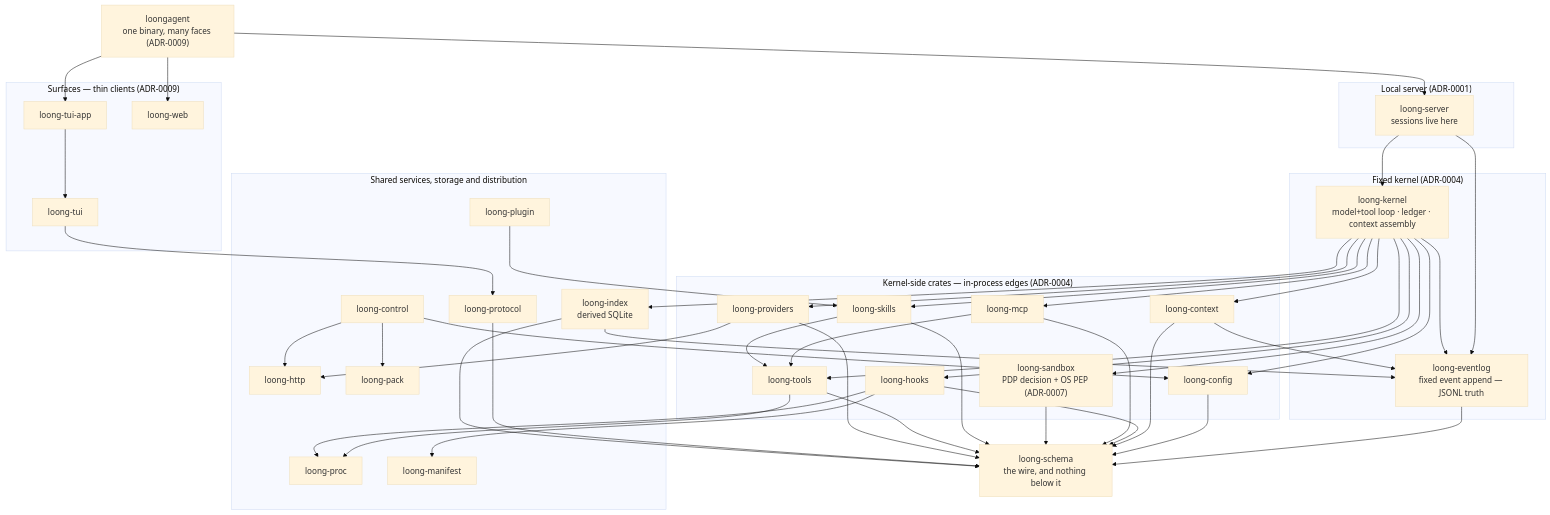
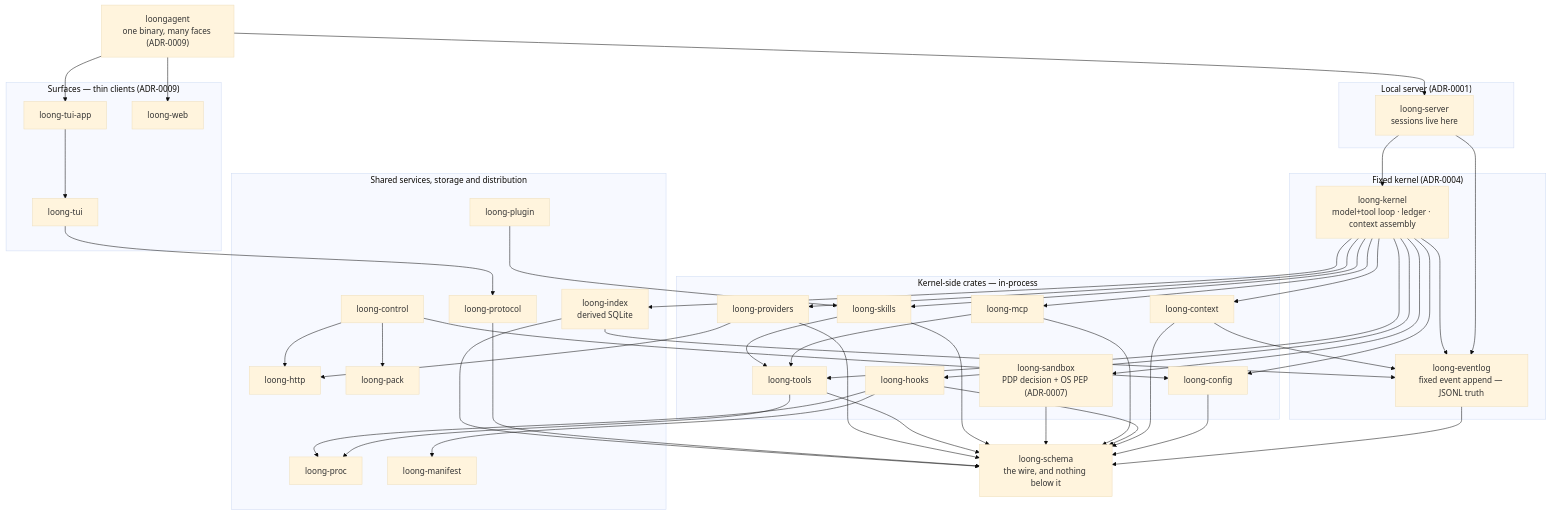
The diagram in docs/design/README.md (fengchangfight/loongagent), drawn with Mermaid (base theme) before and after one commit. The commit also changed other lines of this file and 1 other file, not shown here.

```diff
--- a/docs/design/README.md
+++ b/docs/design/README.md
@@ -31,7 +31,7 @@
         EVENTLOG["loong-eventlog<br/>fixed event append — JSONL truth"]
     end
 
-    subgraph edges["Kernel-side crates — in-process edges (ADR-0004)"]
+    subgraph edges["Kernel-side crates — in-process"]
         CTX["loong-context"]
         HOOKS["loong-hooks"]
         MCP["loong-mcp"]
```
